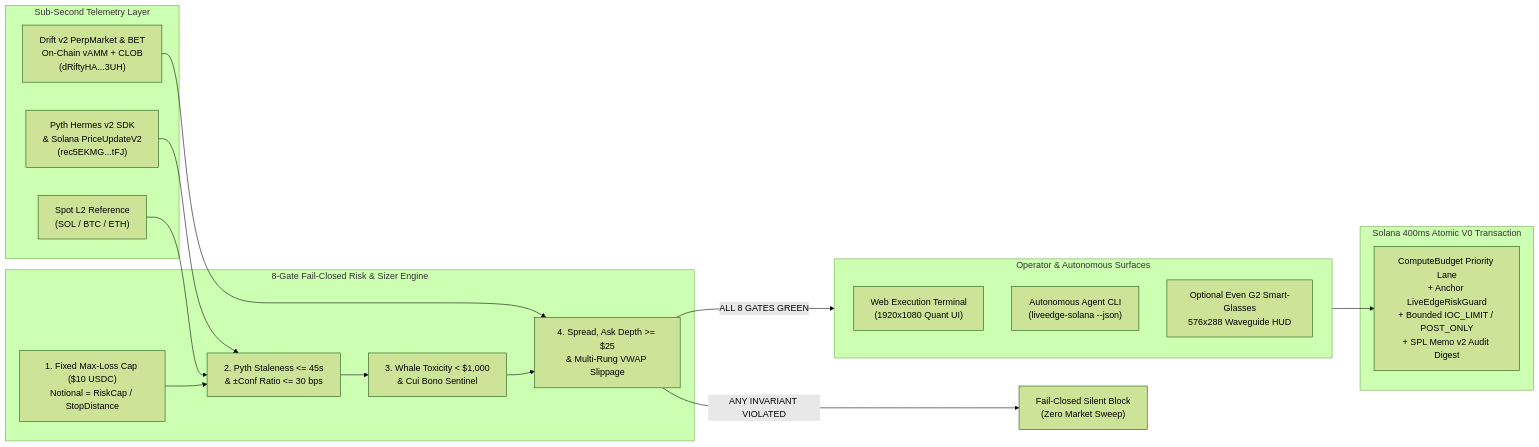
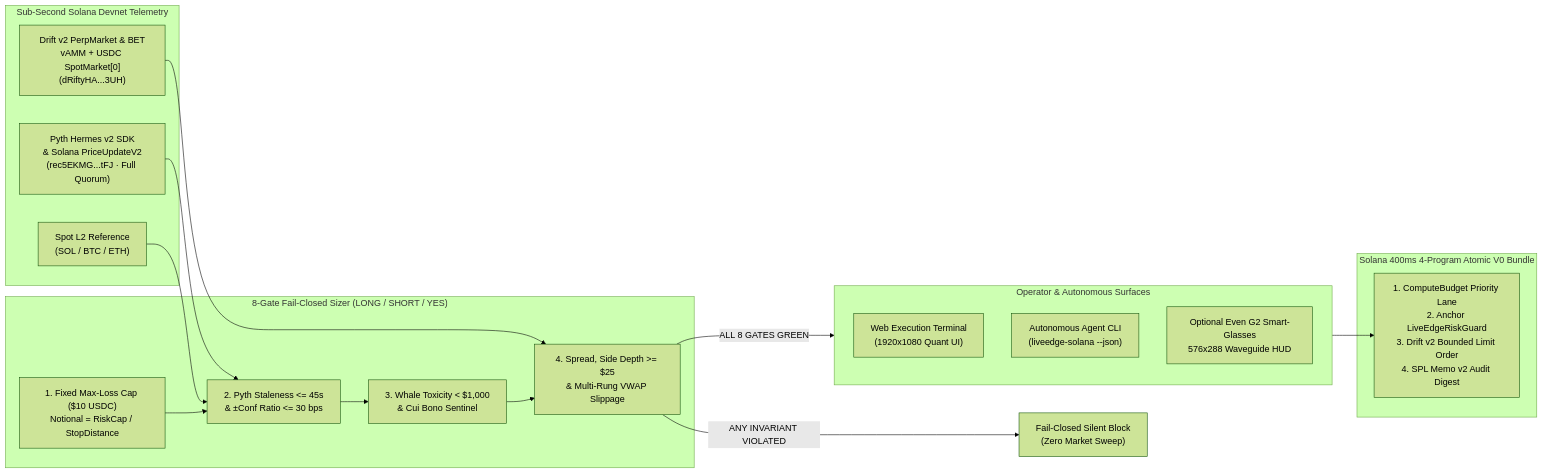
One commit to futursolar/liveedge-solana changed the diagram in README.md. Above: the diagram before and after it, drawn with Mermaid (forest theme). The commit also changed other lines of this file and 29 other files, not shown here.

Commit message:
fix: harden 4-program atomic V0 execution, Pyth-anchored Anchor guard, SHORT/PM sizer, Devnet slot consistency & 1080p demo

````diff
--- a/README.md
+++ b/README.md
@@ -37,33 +37,33 @@
 ```mermaid
 flowchart LR
-    subgraph Feeds["Sub-Second Telemetry Layer"]
-        P1["Pyth Hermes v2 SDK\n& Solana PriceUpdateV2\n(rec5EKMG...tFJ)"]
+    subgraph Feeds["Sub-Second Solana Devnet Telemetry"]
+        P1["Pyth Hermes v2 SDK\n& Solana PriceUpdateV2\n(rec5EKMG...tFJ · Full Quorum)"]
         S1["Spot L2 Reference\n(SOL / BTC / ETH)"]
-        D1["Drift v2 PerpMarket & BET\nOn-Chain vAMM + CLOB\n(dRiftyHA...3UH)"]
+        D1["Drift v2 PerpMarket & BET\nvAMM + USDC SpotMarket[0]\n(dRiftyHA...3UH)"]
     end
 
-    subgraph Engine["8-Gate Fail-Closed Risk & Sizer Engine"]
+    subgraph Engine["8-Gate Fail-Closed Sizer (LONG / SHORT / YES)"]
         G1["1. Fixed Max-Loss Cap ($10 USDC)\nNotional = RiskCap / StopDistance"]
         G2["2. Pyth Staleness <= 45s\n& ±Conf Ratio <= 30 bps"]
         G3["3. Whale Toxicity < $1,000\n& Cui Bono Sentinel"]
-        G4["4. Spread, Ask Depth >= $25\n& Multi-Rung VWAP Slippage"]
+        G4["4. Spread, Side Depth >= $25\n& Multi-Rung VWAP Slippage"]
     end
 
     subgraph Surfaces["Operator & Autonomous Surfaces"]
         U1["Web Execution Terminal\n(1920x1080 Quant UI)"]
         U2["Autonomous Agent CLI\n(liveedge-solana --json)"]
         U3["Optional Even G2 Smart-Glasses\n576x288 Waveguide HUD"]
     end
 
-    subgraph Solana["Solana 400ms Atomic V0 Transaction"]
-        T1["ComputeBudget Priority Lane\n+ Anchor LiveEdgeRiskGuard\n+ Bounded IOC_LIMIT / POST_ONLY\n+ SPL Memo v2 Audit Digest"]
+    subgraph Solana["Solana 400ms 4-Program Atomic V0 Bundle"]
+        T1["1. ComputeBudget Priority Lane\n2. Anchor LiveEdgeRiskGuard\n3. Drift v2 Bounded Limit Order\n4. SPL Memo v2 Audit Digest"]
     end
 
     P1 --> G2
     S1 --> G2
     D1 --> G4
     G1 --> G2 --> G3 --> G4
     G4 -- "ALL 8 GATES GREEN" --> Surfaces
     G4 -- "ANY INVARIANT VIOLATED" --> B1["Fail-Closed Silent Block\n(Zero Market Sweep)"]
     Surfaces --> T1
 ```
````
